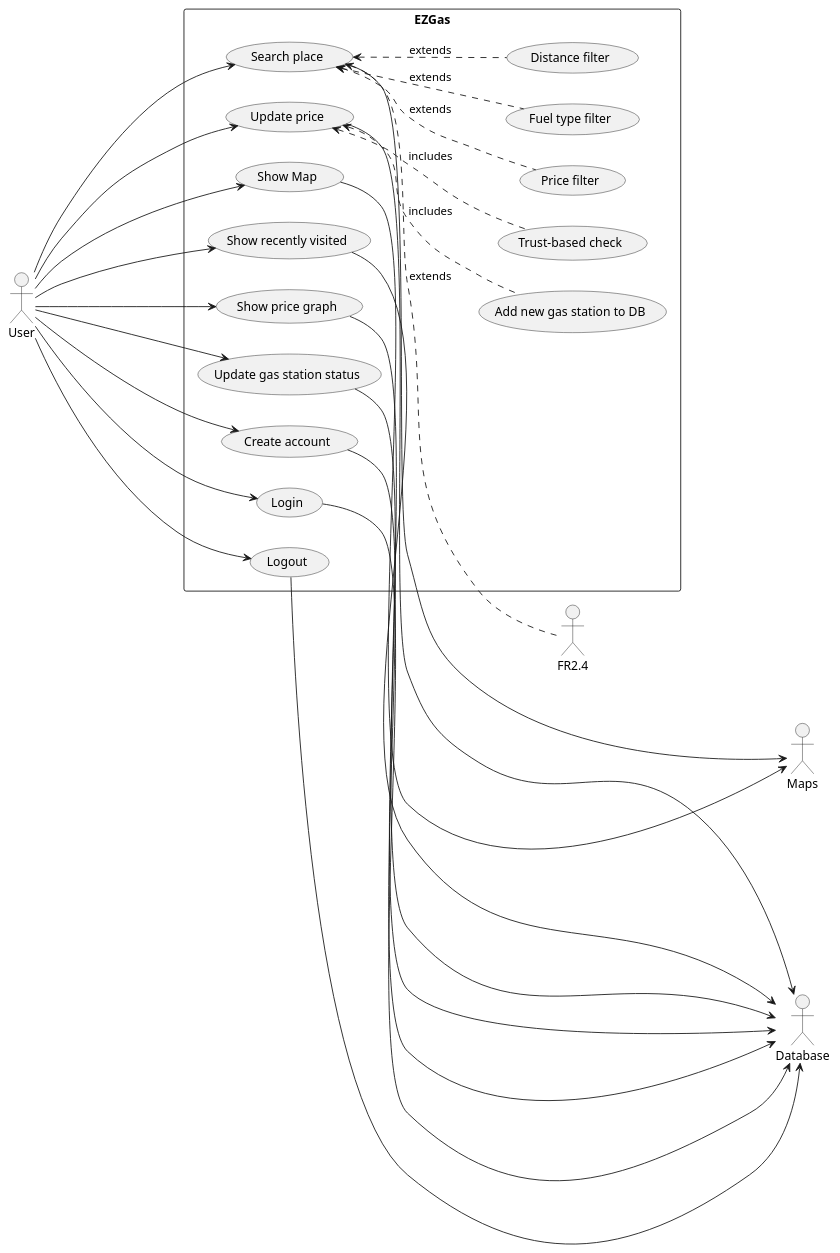
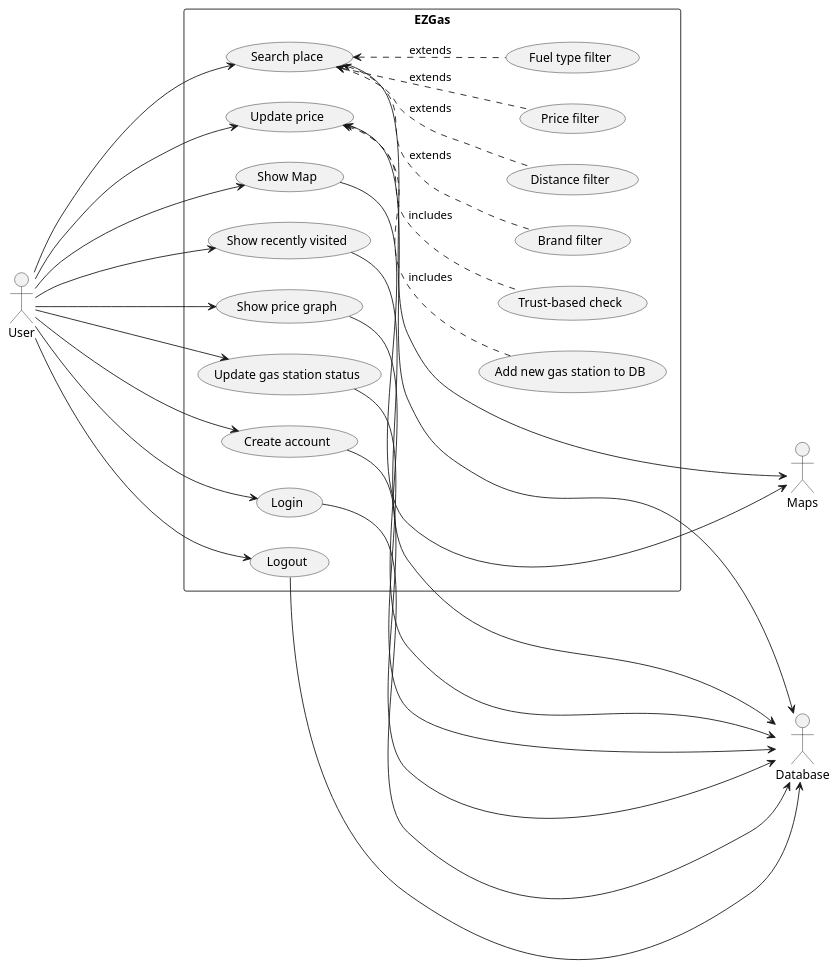
One commit to e-caste/SoftEng-EZGas changed the second of 3 diagrams in docs/RequirementsDocument.md. Above: the diagram before and after it, drawn with PlantUML.

Commit message:
add missing FR2.4 to usecases

````diff
--- a/docs/RequirementsDocument.md
+++ b/docs/RequirementsDocument.md
@@ -107,47 +107,48 @@
 ```plantuml
 left to right direction
 actor User as U
 actor Database as DB
 actor Maps as M
 rectangle EZGas {
     usecase "Show Map" as FR1
     usecase "Search place" as FR2
     usecase "Distance filter" as FR2.1
     usecase "Price filter" as FR2.2
     usecase "Fuel type filter" as FR2.3
+    usecase "Brand filter" as FR2.4
     usecase "Show recently visited" as FR3
     usecase "Update price" as FR4
     usecase "Trust-based check" as FR4.1
     usecase "Add new gas station to DB" as FR4.2
     usecase "Show price graph" as FR5
     usecase "Update gas station status" as FR6
     usecase "Create account" as FR7
     usecase "Login" as FR7.1
     usecase "Logout" as FR7.2
 }
 
 U ----> FR1
 U --> FR2
 U --> FR3
 U --> FR4
 U --> FR5
 U --> FR6
 U --> FR7
 U --> FR7.1
 U --> FR7.2
 FR1 ---> M
 FR2 ----> M
 FR2 <-. FR2.1 : extends
 FR2 <-. FR2.2 : extends
 FR2 <-. FR2.3 : extends
 FR2 <-. FR2.4 : extends
 FR3 ---> DB
 FR4 ---> DB
 FR4 <-. FR4.1  : includes
 FR4 <-. FR4.2 : includes
 FR5 ----> DB
 FR6 ---> DB
 FR7 ---> DB
 FR7.1 ---> DB
 FR7.2 ---> DB
 ```
````
